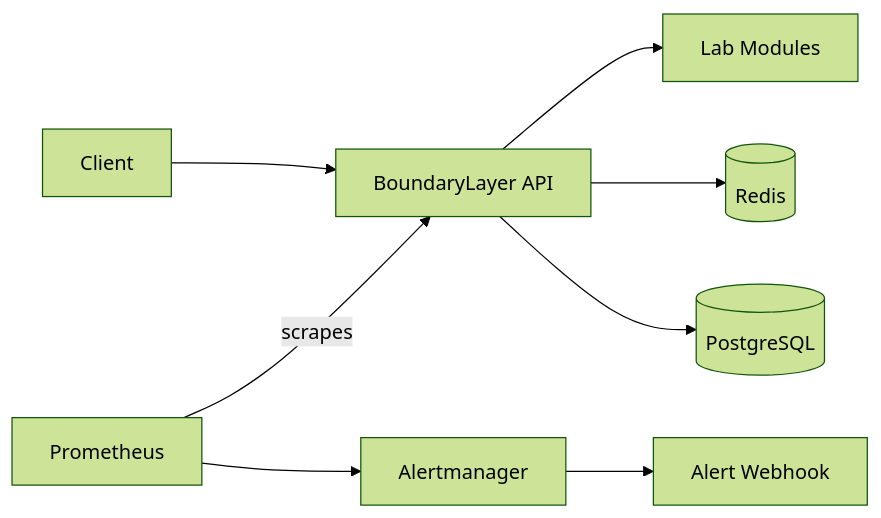
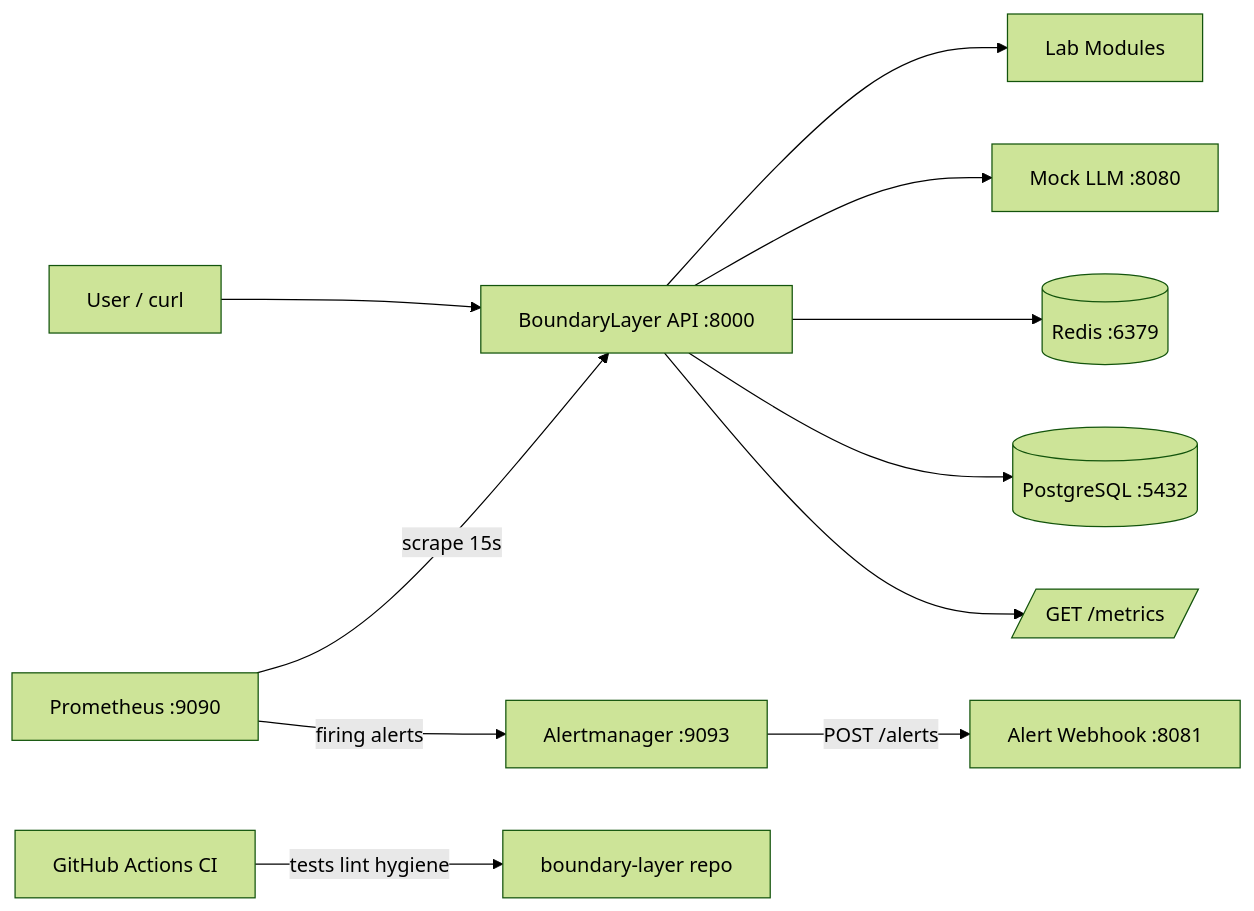
Before and after one commit to codethor0/boundary-layer: the first of 5 diagrams in README.md, drawn with Mermaid (forest theme). The commit also changed other lines of this file and 19 other files, not shown here.

Commit message:
Add v1.0.7 launch logo and README architecture polish

````diff
--- a/README.md
+++ b/README.md
@@ -99,10 +53,15 @@
 ```mermaid
 flowchart LR
-    Client[Client] --> API[BoundaryLayer API]
+    User[User / curl] --> API[BoundaryLayer API :8000]
     API --> Labs[Lab Modules]
-    API --> Redis[(Redis)]
-    API --> Postgres[(PostgreSQL)]
-    Prometheus[Prometheus] -->|scrapes| API
-    Prometheus --> Alertmanager[Alertmanager]
-    Alertmanager --> Webhook[Alert Webhook]
+    API --> MockLLM[Mock LLM :8080]
+    API --> Redis[(Redis :6379)]
+    API --> Postgres[(PostgreSQL :5432)]
+    API --> Metrics[/GET /metrics/]
+
+    Prometheus[Prometheus :9090] -->|scrape 15s| API
+    Prometheus -->|firing alerts| AM[Alertmanager :9093]
+    AM -->|POST /alerts| Hook[Alert Webhook :8081]
+
+    GH[GitHub Actions CI] -->|tests lint hygiene| Repo[boundary-layer repo]
 ```
````
